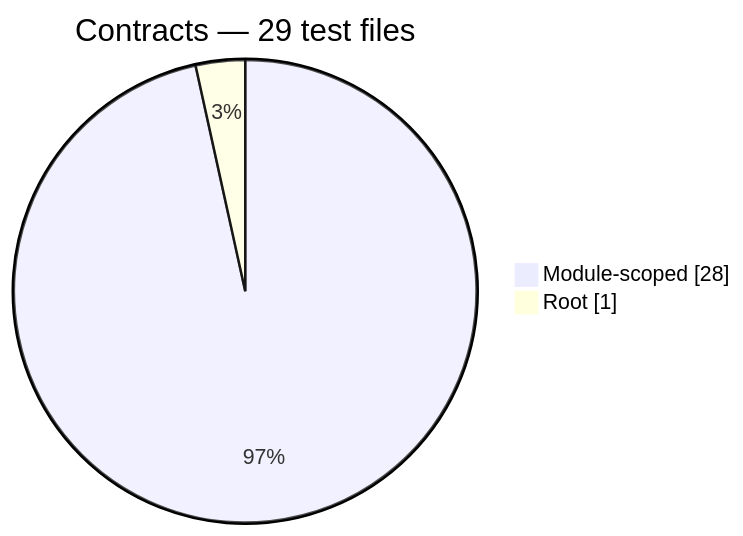
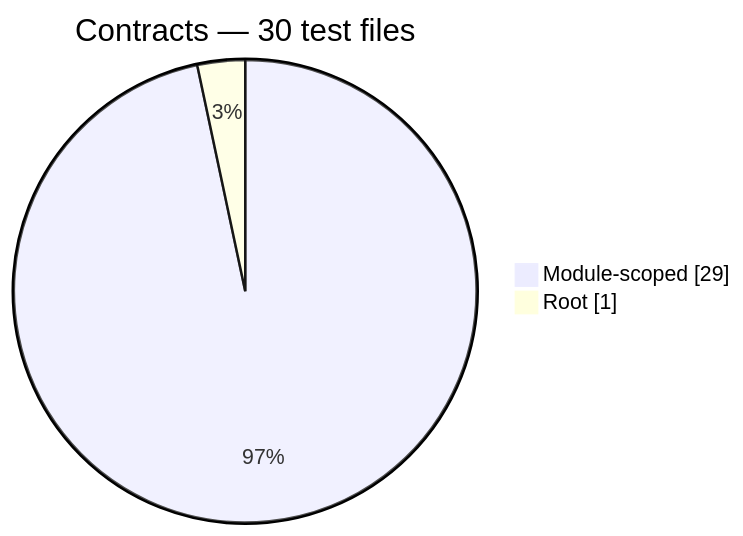
The first of 9 diagrams in docs/generated/test-composition.md (Mohammed-Alama/php-arazzo), drawn with Mermaid before and after one commit. The commit also changed other lines of this file and 12 other files, not shown here.

Commit message:
feat(contracts): extend SourceType with wsdl/protobuf/graphql (D3a)

````diff
--- a/docs/generated/test-composition.md
+++ b/docs/generated/test-composition.md
@@ -14,6 +14,6 @@
 ```mermaid
 pie showData
-    title Contracts — 29 test files
-    "Module-scoped": 28
+    title Contracts — 30 test files
+    "Module-scoped": 29
     "Root": 1
 ```
````
